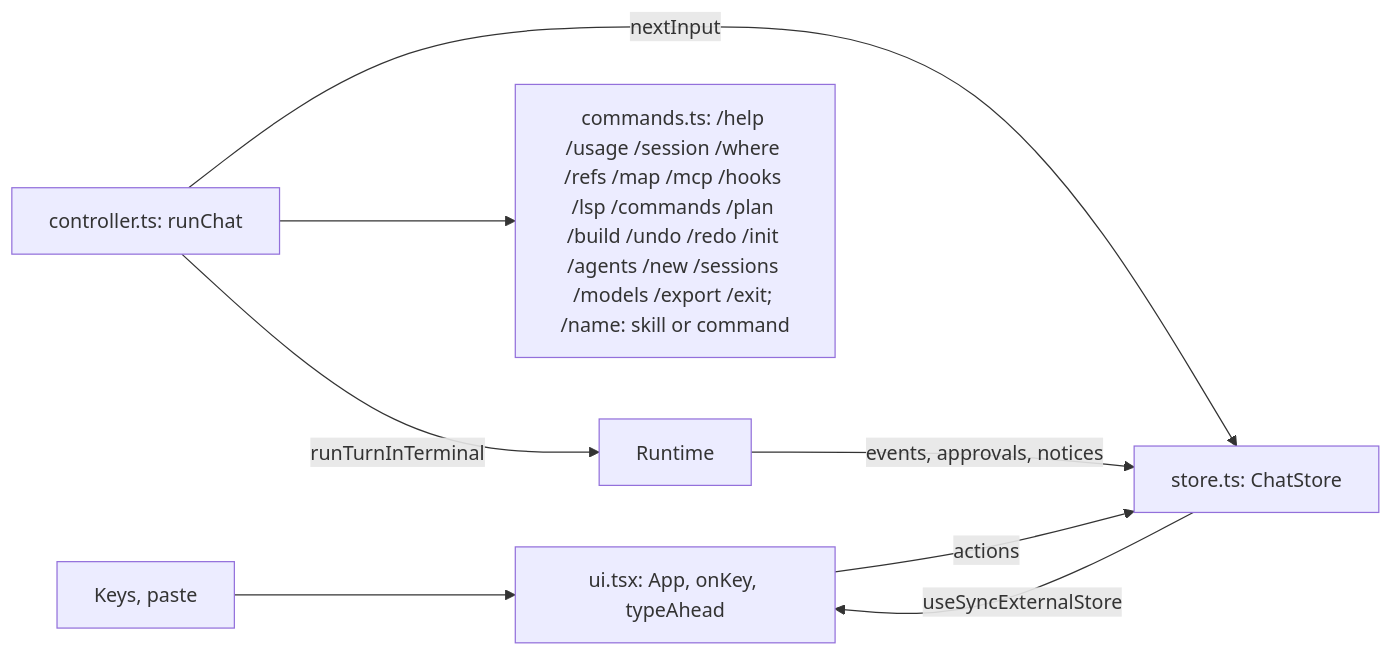
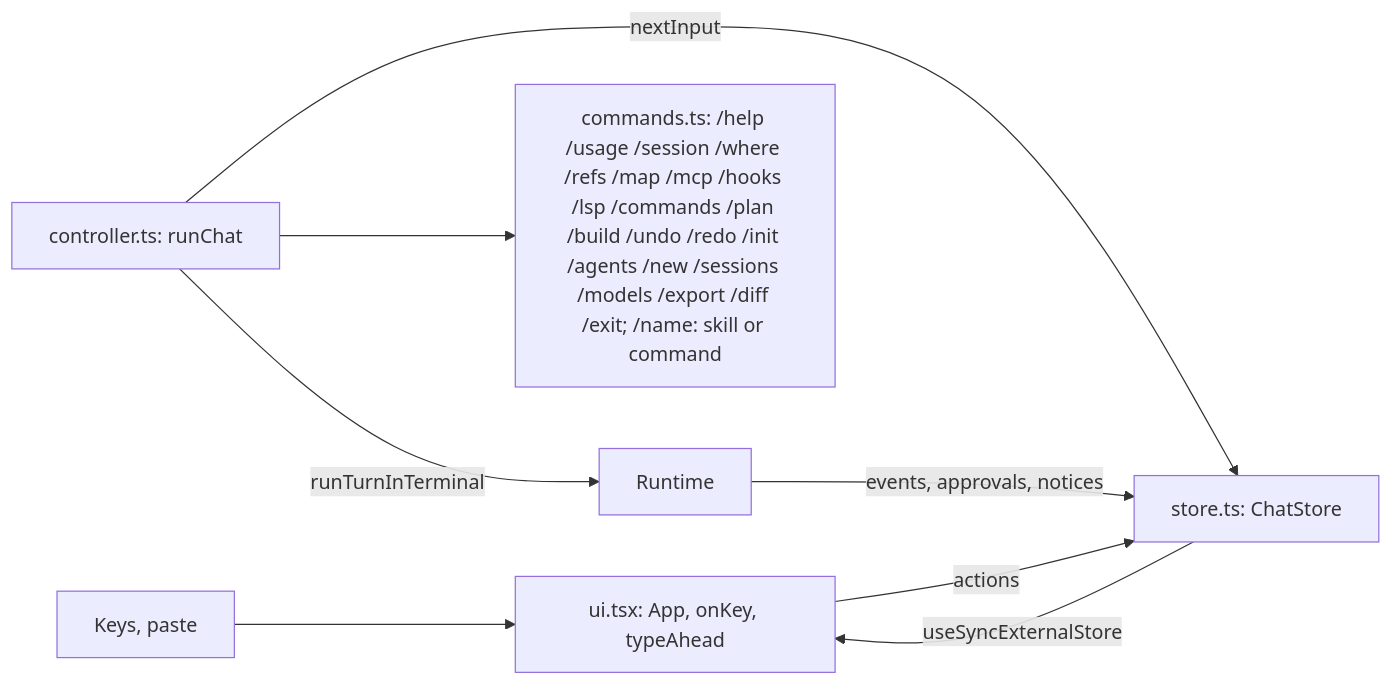
Before and after one commit to madhu-sv/garuda: the diagram in docs/lld/cli.md, drawn with Mermaid. The commit also changed other lines of this file and 18 other files, not shown here.

````diff
--- a/docs/lld/cli.md
+++ b/docs/lld/cli.md
@@ -111,10 +125,10 @@
 ```mermaid
 flowchart LR
   keys[Keys, paste] --> ui[ui.tsx: App, onKey, typeAhead]
   ui -->|actions| store[store.ts: ChatStore]
   store -->|useSyncExternalStore| ui
   ctrl[controller.ts: runChat] -->|nextInput| store
-  ctrl --> cmds[commands.ts: /help /usage /session /where /refs /map /mcp /hooks /lsp /commands /plan /build /undo /redo /init /agents /new /sessions /models /export /exit; /name: skill or command]
+  ctrl --> cmds[commands.ts: /help /usage /session /where /refs /map /mcp /hooks /lsp /commands /plan /build /undo /redo /init /agents /new /sessions /models /export /diff /exit; /name: skill or command]
   ctrl -->|runTurnInTerminal| rt[Runtime]
   rt -->|events, approvals, notices| store
 ```
````
